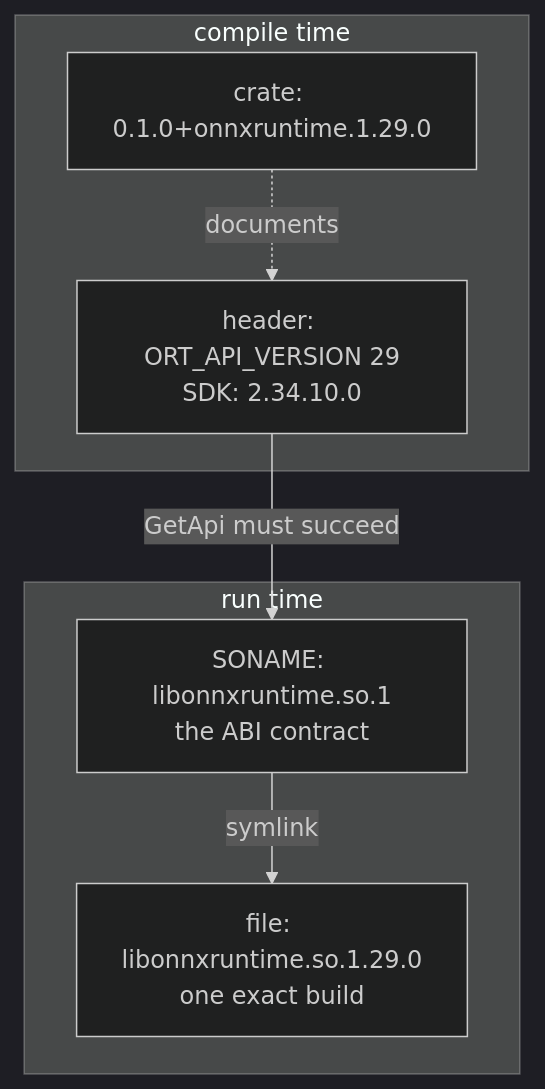
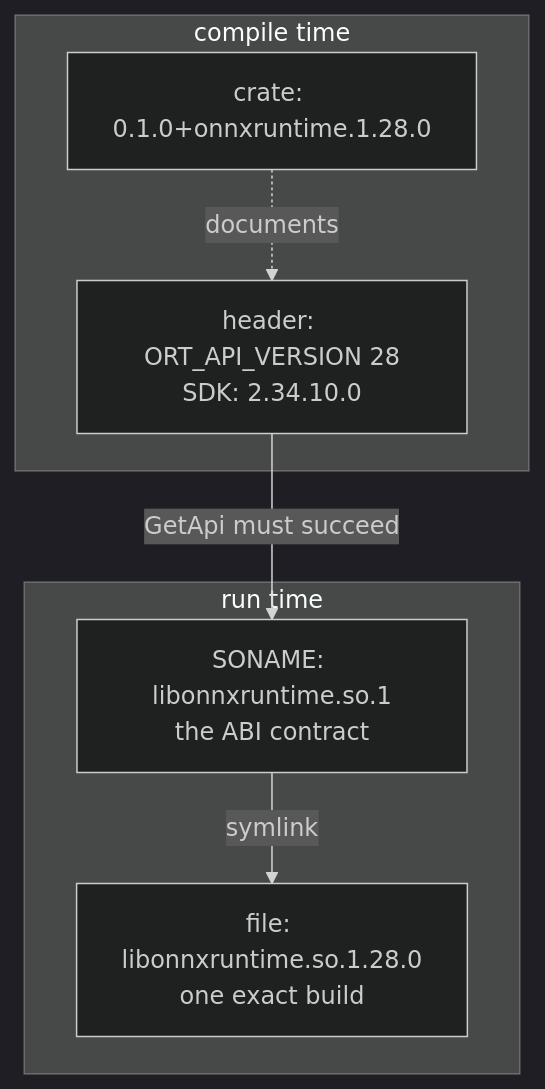
One commit to PratikBarhate/hushar changed diagram 18 of 18 in documentation/bindgen.md. Above: the diagram before and after it, drawn with Mermaid (dark theme). The commit also changed other lines of this file and 3548 other files, not shown here.

````diff
--- a/documentation/bindgen.md
+++ b/documentation/bindgen.md
@@ -477,14 +484,14 @@
 ```mermaid
 flowchart TD
     subgraph Build["compile time"]
-        H["header: ORT_API_VERSION 29<br/>SDK: 2.34.10.0"]
-        C["crate: 0.1.0+onnxruntime.1.29.0"]
+        H["header: ORT_API_VERSION 28<br/>SDK: 2.34.10.0"]
+        C["crate: 0.1.0+onnxruntime.1.28.0"]
     end
     subgraph Run["run time"]
         S["SONAME: libonnxruntime.so.1<br/>the ABI contract"]
-        F["file: libonnxruntime.so.1.29.0<br/>one exact build"]
+        F["file: libonnxruntime.so.1.28.0<br/>one exact build"]
     end
     C -.->|"documents"| H
     H -->|"GetApi must succeed"| S
     S -->|"symlink"| F
 ```
````
